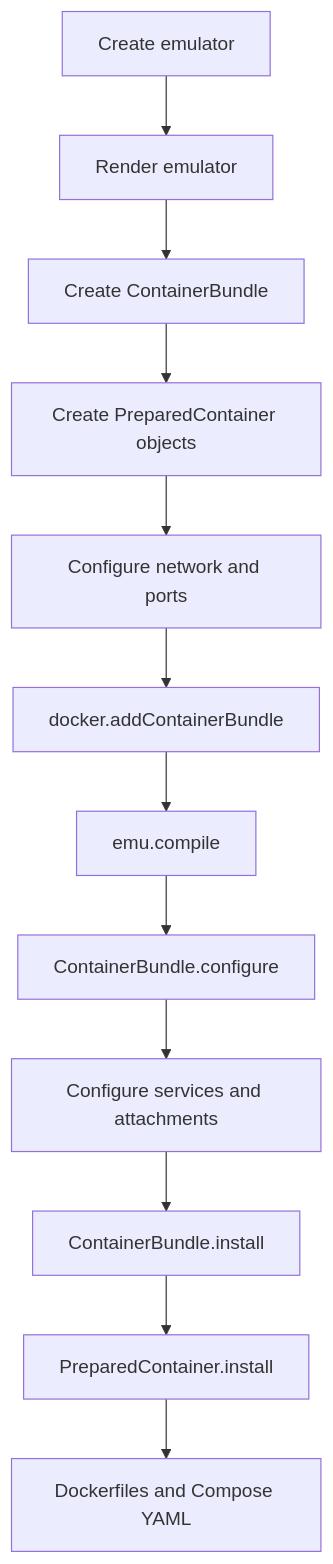
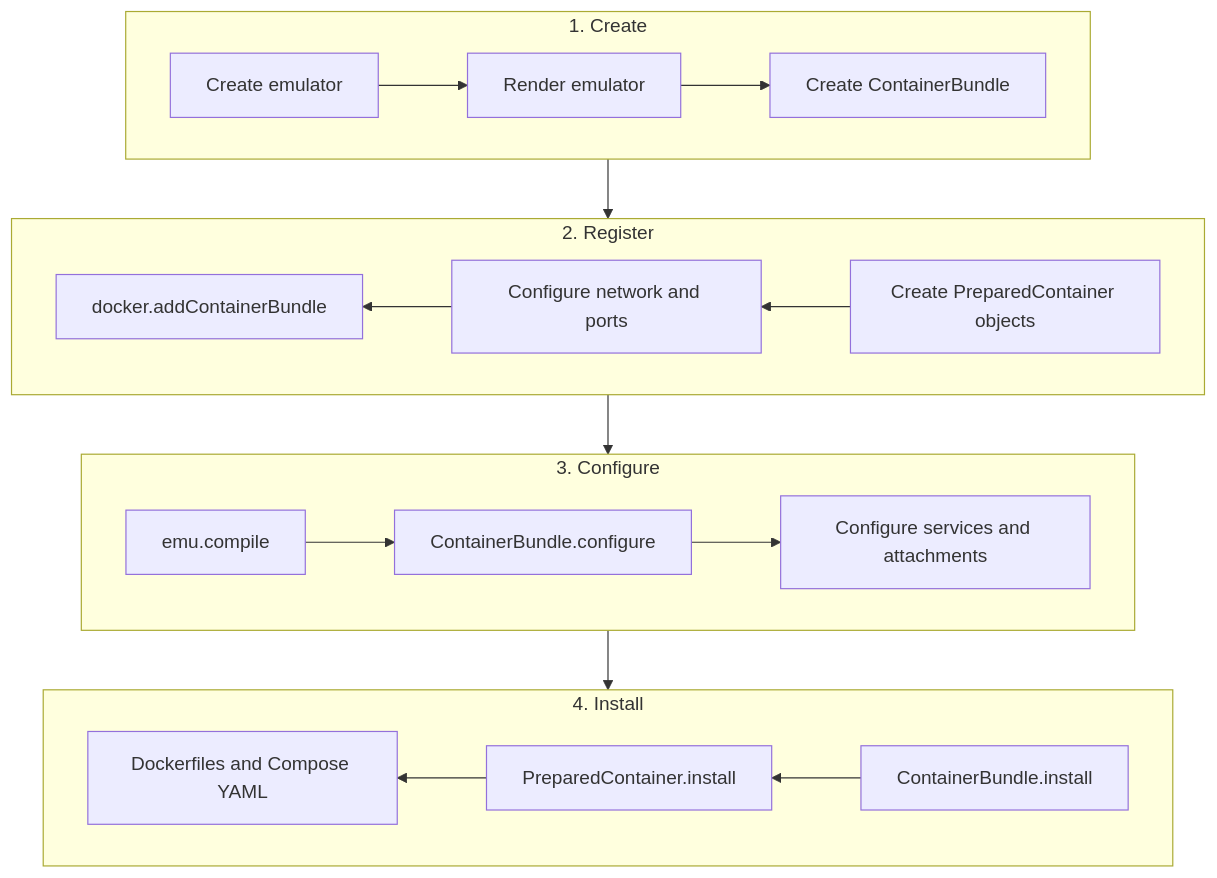
Before and after one commit to seed-labs/seed-emulator: the first of 4 diagrams in docs/designs/container_bundle.md, drawn with Mermaid. The commit also changed other lines of this file and 12 other files, not shown here.

Commit message:
update: containerBundle

````diff
--- a/docs/designs/container_bundle.md
+++ b/docs/designs/container_bundle.md
@@ -17,14 +17,20 @@
 ```mermaid
 flowchart TD
-    A[Create emulator] --> B[Render emulator]
-    B --> C[Create ContainerBundle]
-    C --> D[Create PreparedContainer objects]
-    D --> E[Configure network and ports]
-    E --> F[docker.addContainerBundle]
-    F --> G[emu.compile]
-    G --> H[ContainerBundle.configure]
-    H --> I[Configure services and attachments]
-    I --> J[ContainerBundle.install]
-    J --> K[PreparedContainer.install]
-    K --> L[Dockerfiles and Compose YAML]
+    subgraph row1["1. Create"]
+        direction LR
+        A[Create emulator] --> B[Render emulator] --> C[Create ContainerBundle]
+    end
+    subgraph row2["2. Register"]
+        direction RL
+        D[Create PreparedContainer objects] --> E[Configure network and ports] --> F[docker.addContainerBundle]
+    end
+    subgraph row3["3. Configure"]
+        direction LR
+        G[emu.compile] --> H[ContainerBundle.configure] --> I[Configure services and attachments]
+    end
+    subgraph row4["4. Install"]
+        direction RL
+        J[ContainerBundle.install] --> K[PreparedContainer.install] --> L[Dockerfiles and Compose YAML]
+    end
+    row1 --> row2 --> row3 --> row4
 ```
````
